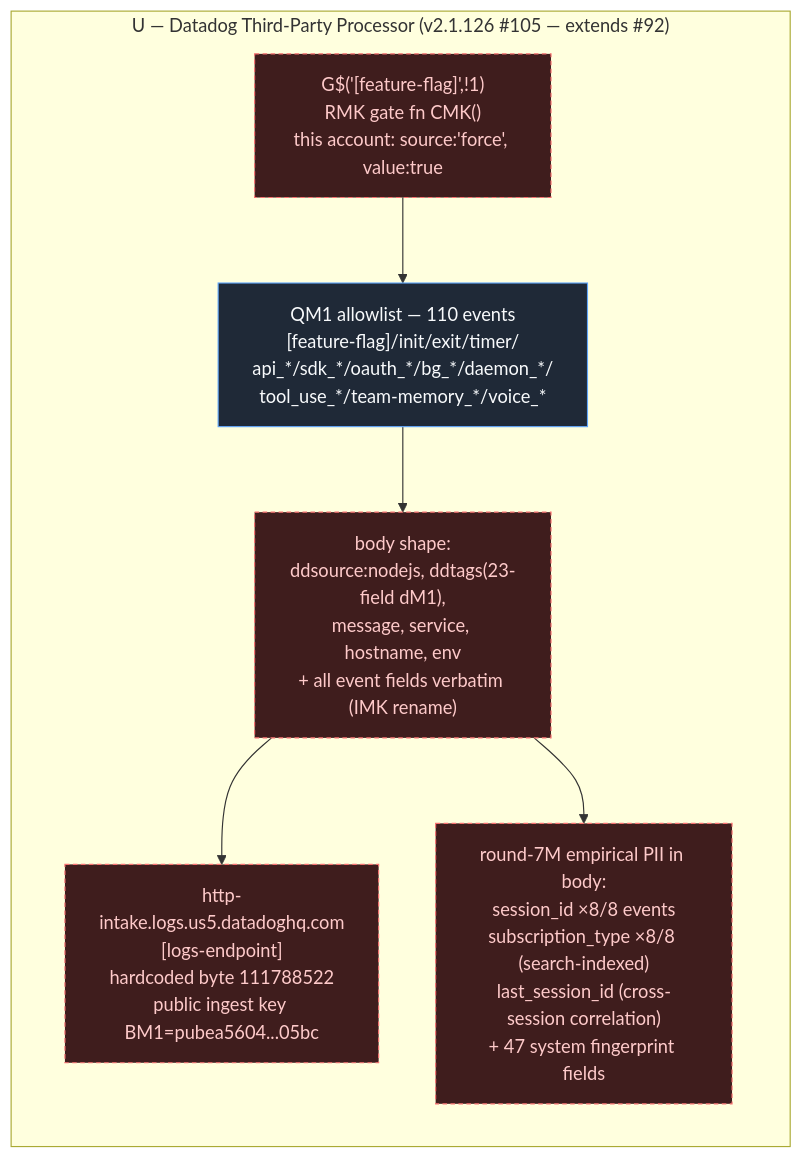
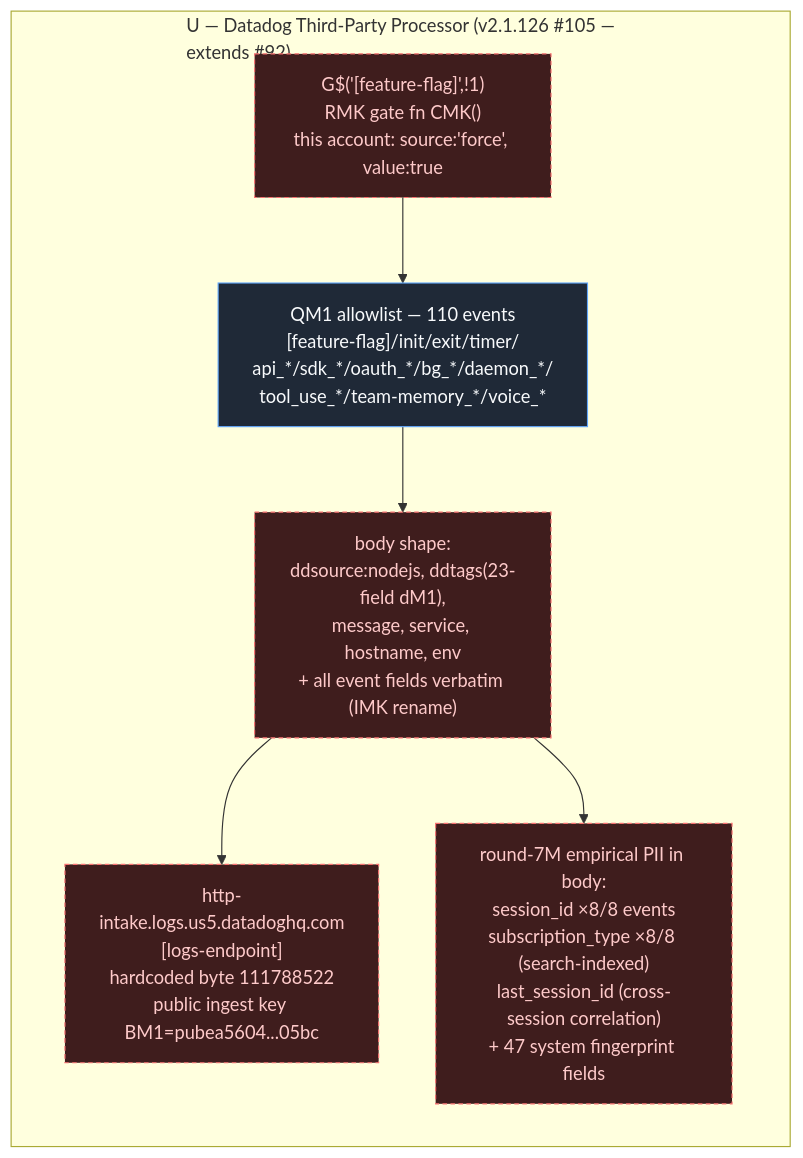
One commit to pjt222/claude-buddy-investigation changed the diagram in docs/flow/DATADOG.mmd. Above: the diagram before and after it, drawn with Mermaid. The commit also changed 73 other files, not shown here.

First line of the commit message:
flow: make the cluster diagrams readable at page width

```diff
--- a/docs/flow/DATADOG.mmd
+++ b/docs/flow/DATADOG.mmd
@@ -1,22 +1,22 @@
 flowchart LR
     %% DATADOG — U — Datadog Third-Party Processor (v2.1.126 #105 — extends #92)
-    subgraph DATADOG["U — Datadog Third-Party Processor (v2.1.126 #105 — extends #92)"]
+    subgraph DATADOG["U — Datadog Third-Party Processor (v2.1.126 #105 —<br/>extends #92)"]
         direction TB
         dd_gate["G$('[feature-flag]',!1)<br/>RMK gate fn CMK()<br/>this account: source:'force', value:true"]:::gap
         dd_endpoint["http-intake.logs.us5.datadoghq.com<br/>[logs-endpoint]<br/>hardcoded byte 111788522<br/>public ingest key BM1=pubea5604...05bc"]:::gap
         dd_allowlist["QM1 allowlist — 110 events<br/>[feature-flag]/init/exit/timer/<br/>api_*/sdk_*/oauth_*/bg_*/daemon_*/<br/>tool_use_*/team-memory_*/voice_*"]:::core
         dd_body["body shape:<br/>ddsource:nodejs, ddtags(23-field dM1),<br/>message, service, hostname, env<br/>+ all event fields verbatim (IMK rename)"]:::gap
         dd_pii["round-7M empirical PII in body:<br/>session_id ×8/8 events<br/>subscription_type ×8/8 (search-indexed)<br/>last_session_id (cross-session correlation)<br/>+ 47 system fingerprint fields"]:::gap
     end
 
     dd_gate --> dd_allowlist
     dd_allowlist --> dd_body
     dd_body --> dd_endpoint
     dd_body --> dd_pii
 
     classDef core fill:#1f2937,stroke:#60a5fa,color:#f8fafc,stroke-width:1px
     classDef gap fill:#3f1d1d,stroke:#f87171,color:#fecaca,stroke-dasharray: 4 3,stroke-width:1px
     classDef removed fill:#1a1a1a,stroke:#6b7280,color:#9ca3af,stroke-dasharray: 2,stroke-width:1px
     classDef ours fill:#1e293b,stroke:#a78bfa,color:#e9d5ff,stroke-width:1px
     classDef baseline fill:#1f2937,stroke:#34d399,color:#d1fae5,stroke-width:1px
     classDef risk fill:#3f1d1d,stroke:#fb7185,color:#fecdd3,stroke-width:2px
```
